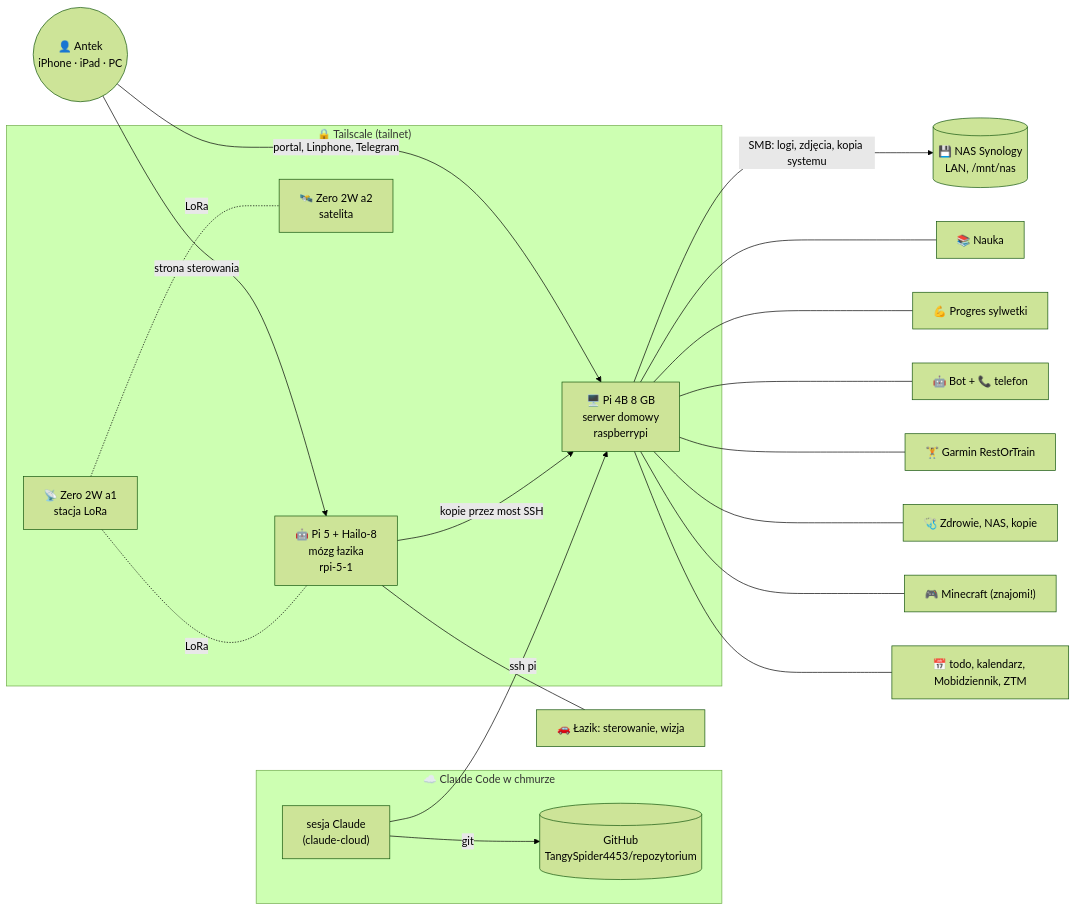
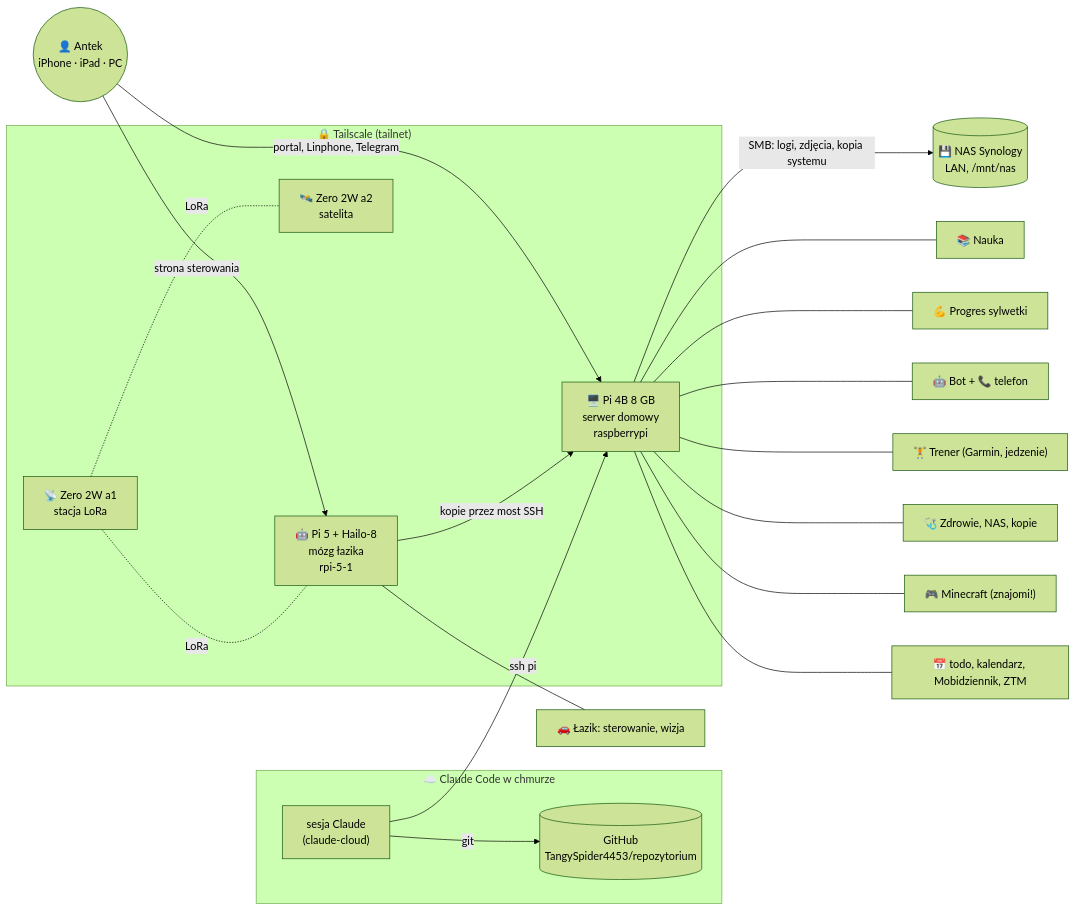
One commit to TangySpider4453/repozytorium changed the diagram in pamiec/MAPA.md. Above: the diagram before and after it, drawn with Mermaid (forest theme). The commit also changed 51 other files, not shown here.

First line of the commit message:
Usunięty stary most RestOrTrain → Garmin; token Garmina przeniesiony do Trenera

````diff
--- a/pamiec/MAPA.md
+++ b/pamiec/MAPA.md
@@ -15,32 +15,32 @@
 ```mermaid
 graph LR
   U(("👤 Antek<br/>iPhone · iPad · PC"))
   subgraph CHMURA["☁️ Claude Code w chmurze"]
     C["sesja Claude<br/>(claude-cloud)"]
     R[("GitHub<br/>TangySpider4453/repozytorium")]
   end
   subgraph TS["🔒 Tailscale (tailnet)"]
     PI4["🖥️ Pi 4B 8 GB<br/>serwer domowy<br/>raspberrypi"]
     PI5["🤖 Pi 5 + Hailo-8<br/>mózg łazika<br/>rpi-5-1"]
     Z1["📡 Zero 2W a1<br/>stacja LoRa"]
     Z2["🛰️ Zero 2W a2<br/>satelita"]
   end
   NAS[("💾 NAS Synology<br/>LAN, /mnt/nas")]
   C -- "ssh pi" --> PI4
   C -- git --> R
   U -- "portal, Linphone, Telegram" --> PI4
   U -- "strona sterowania" --> PI5
   PI4 -- "SMB: logi, zdjęcia, kopia systemu" --> NAS
   PI5 -- "kopie przez most SSH" --> PI4
   Z1 -. LoRa .- Z2
   Z1 -. LoRa .- PI5
 
   PI4 --- P1["📚 Nauka"]
   PI4 --- P2["💪 Progres sylwetki"]
   PI4 --- P3["🤖 Bot + 📞 telefon"]
-  PI4 --- P4["🏋️ Garmin RestOrTrain"]
+  PI4 --- P4["🏋️ Trener (Garmin, jedzenie)"]
   PI4 --- P5["🩺 Zdrowie, NAS, kopie"]
   PI4 --- P6["🎮 Minecraft (znajomi!)"]
   PI4 --- P7["📅 todo, kalendarz, Mobidziennik, ZTM"]
   PI5 --- P8["🚗 Łazik: sterowanie, wizja"]
 ```
````
